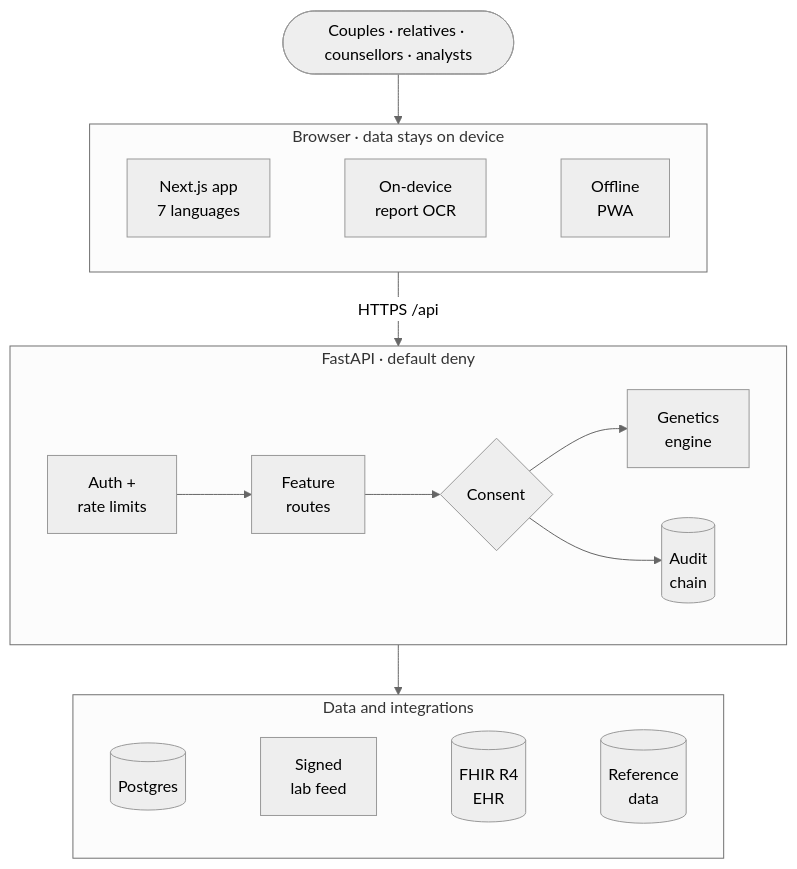
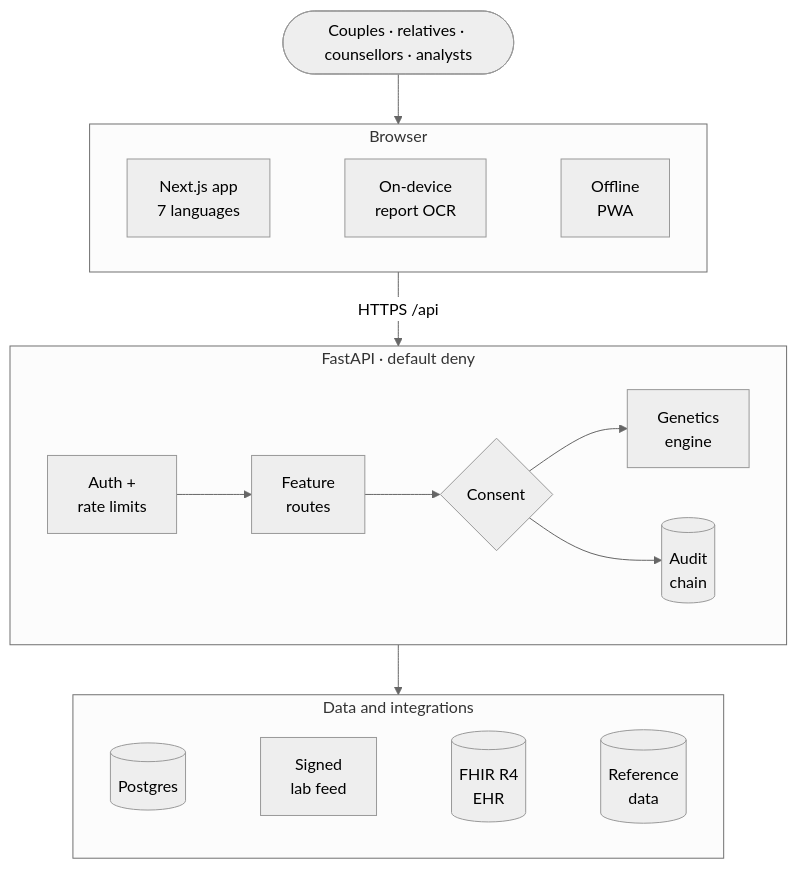
One commit to loktrishal-05/kinsight changed the first of 6 diagrams in README.md. Above: the diagram before and after it, drawn with Mermaid (neutral theme).

Commit message:
README: shorter browser label in the system design diagram (#139)

````diff
--- a/README.md
+++ b/README.md
@@ -90,18 +90,18 @@
 ```mermaid
 flowchart TB
     U(["Couples · relatives · counsellors · analysts"])
-    subgraph B["Browser · data stays on device"]
+    subgraph B["Browser"]
         direction LR
         UI["Next.js app<br/>7 languages"] ~~~ OCR["On-device<br/>report OCR"] ~~~ PWA["Offline<br/>PWA"]
     end
     subgraph S["FastAPI · default deny"]
         direction LR
         GW["Auth +<br/>rate limits"] --> RT["Feature<br/>routes"] --> CP{"Consent"} --> EN["Genetics<br/>engine"]
         CP --> AU[("Audit<br/>chain")]
     end
     subgraph X["Data and integrations"]
         direction LR
         DB[("Postgres")] ~~~ LAB["Signed<br/>lab feed"] ~~~ EHR[("FHIR R4<br/>EHR")] ~~~ REF[("Reference<br/>data")]
     end
     U --> B -->|"HTTPS /api"| S --> X
 ```
````
